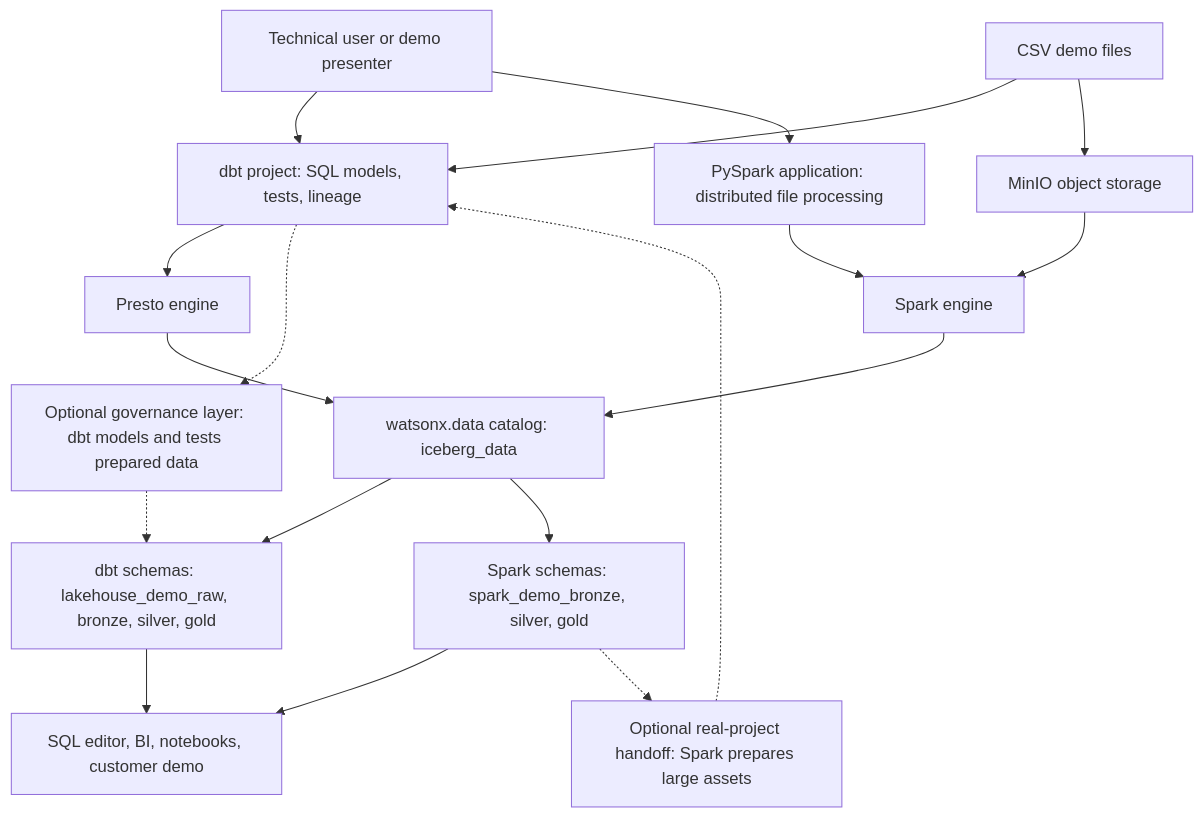
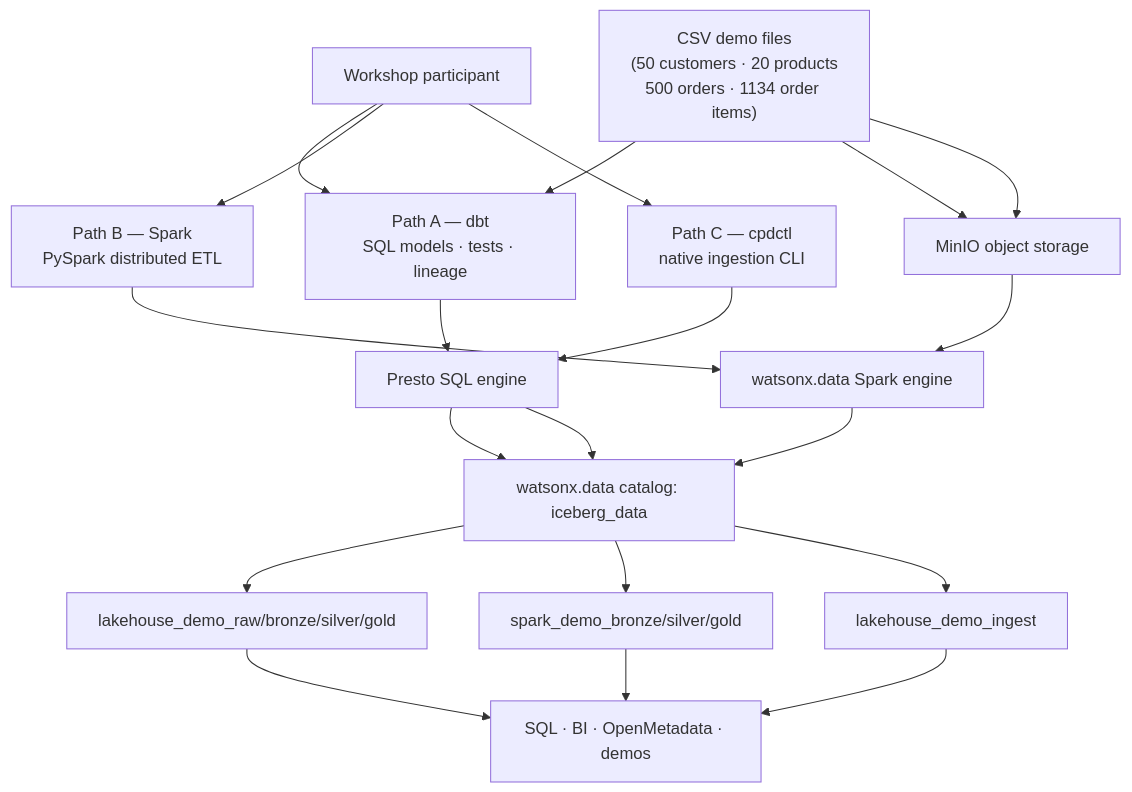
Before and after one commit to aseelert/ibmas-watsonxdata-dbt: the second of 2 diagrams in README.md, drawn with Mermaid. The commit also changed other lines of this file and 11 other files, not shown here.

First line of the commit message:
Restructure docs as workshop: Prepare → Understand → Demo Paths → Reference

````diff
--- a/README.md
+++ b/README.md
@@ -38,38 +76,37 @@
 ```mermaid
 flowchart TB
-  persona["Technical user or demo presenter"]
-  csv["CSV demo files"]
-  objectStore["MinIO object storage"]
+  persona["Workshop participant"]
+  csv["CSV demo files\n(50 customers · 20 products\n500 orders · 1134 order items)"]
+  minio["MinIO object storage"]
   catalog["watsonx.data catalog: iceberg_data"]
-  presto["Presto engine"]
-  sparkEngine["Spark engine"]
-  dbt["dbt project: SQL models, tests, lineage"]
-  sparkJob["PySpark application: distributed file processing"]
-  dbtSchemas["dbt schemas: lakehouse_demo_raw, bronze, silver, gold"]
-  sparkSchemas["Spark schemas: spark_demo_bronze, silver, gold"]
-  handoff["Optional real-project handoff: Spark prepares large assets"]
-  governance["Optional governance layer: dbt models and tests prepared data"]
-  consumers["SQL editor, BI, notebooks, customer demo"]
+  presto["Presto SQL engine"]
+  sparkEngine["watsonx.data Spark engine"]
+
+  dbt["Path A — dbt\nSQL models · tests · lineage"]
+  sparkJob["Path B — Spark\nPySpark distributed ETL"]
+  cpdctl["Path C — cpdctl\nnative ingestion CLI"]
+
+  dbtSchemas["lakehouse_demo_raw/bronze/silver/gold"]
+  sparkSchemas["spark_demo_bronze/silver/gold"]
+  ingestSchema["lakehouse_demo_ingest"]
+
+  consumers["SQL · BI · OpenMetadata · demos"]
 
   persona --> dbt
   persona --> sparkJob
+  persona --> cpdctl
 
   csv --> dbt
-  dbt --> presto
-  presto --> catalog
-  catalog --> dbtSchemas
+  dbt --> presto --> catalog --> dbtSchemas
 
-  csv --> objectStore
-  objectStore --> sparkEngine
-  sparkJob --> sparkEngine
-  sparkEngine --> catalog
-  catalog --> sparkSchemas
+  csv --> minio
+  minio --> sparkEngine
+  sparkJob --> sparkEngine --> catalog --> sparkSchemas
+
+  csv --> minio
+  cpdctl --> presto --> catalog --> ingestSchema
 
   dbtSchemas --> consumers
   sparkSchemas --> consumers
-
-  sparkSchemas -.-> handoff
-  handoff -.-> dbt
-  dbt -.-> governance
-  governance -.-> dbtSchemas
+  ingestSchema --> consumers
 ```
````
